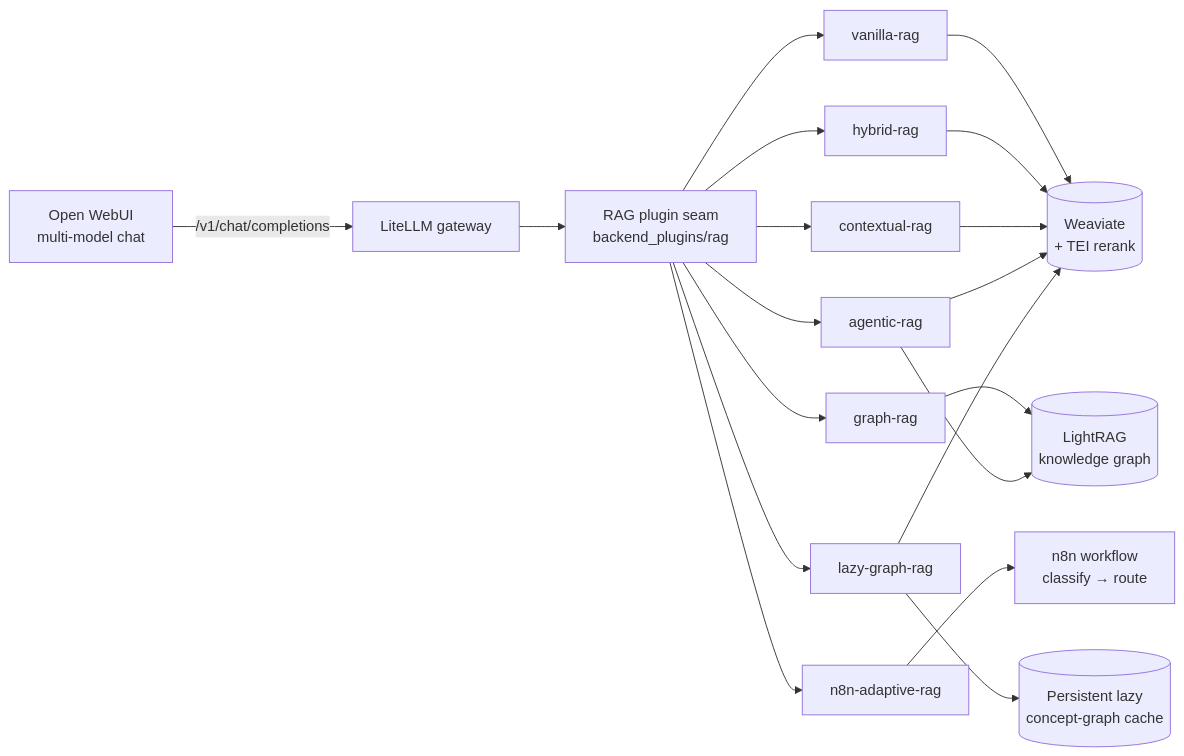
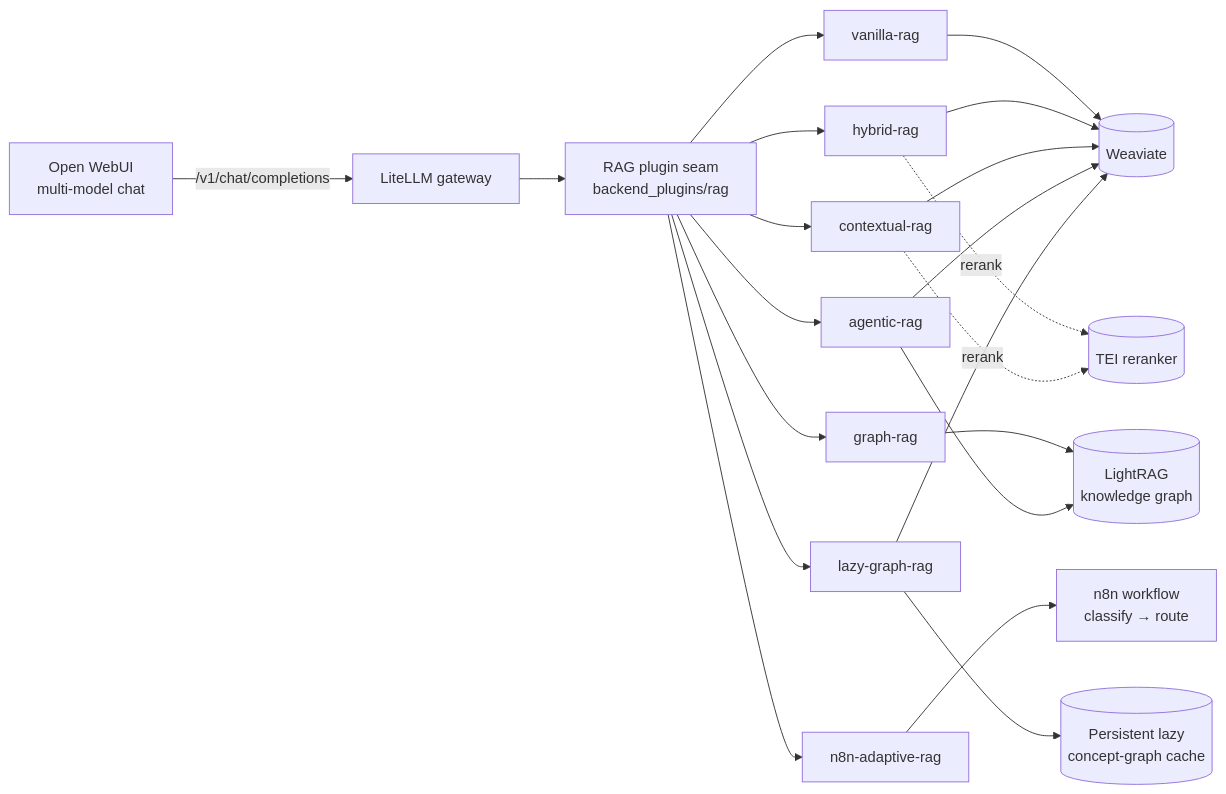
The diagram in docs/guide/overview.md (thekaveh/rag-showcase), drawn with Mermaid before and after one commit. The commit also changed 3 other files, not shown here.

````diff
--- a/docs/guide/overview.md
+++ b/docs/guide/overview.md
@@ -20,16 +20,17 @@
 ```mermaid
 flowchart LR
     U[Open WebUI<br/>multi-model chat] -->|/v1/chat/completions| L[LiteLLM gateway]
     L --> R[RAG plugin seam<br/>backend_plugins/rag]
     R --> V[vanilla-rag]
     R --> H[hybrid-rag]
     R --> C[contextual-rag]
     R --> G[graph-rag]
     R --> A[agentic-rag]
     R --> N[n8n-adaptive-rag]
     R --> LG[lazy-graph-rag]
-    V & H & C & A & LG --> W[(Weaviate<br/>+ TEI rerank)]
+    V & H & C & A & LG --> W[(Weaviate)]
+    H & C -.->|rerank| TEI[(TEI reranker)]
     G & A --> LR[(LightRAG<br/>knowledge graph)]
     LG --> LC[(Persistent lazy<br/>concept-graph cache)]
     N --> WF[n8n workflow<br/>classify → route]
 ```
````
